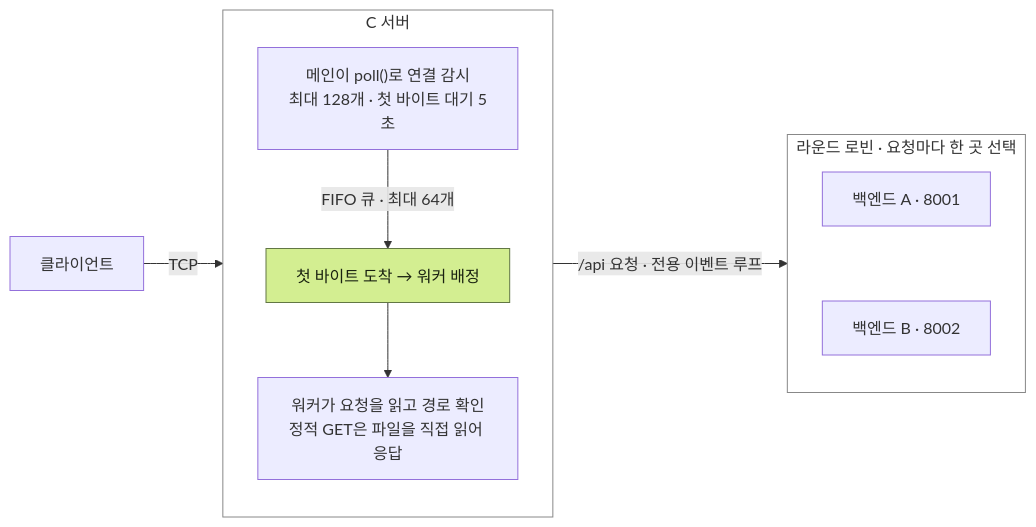
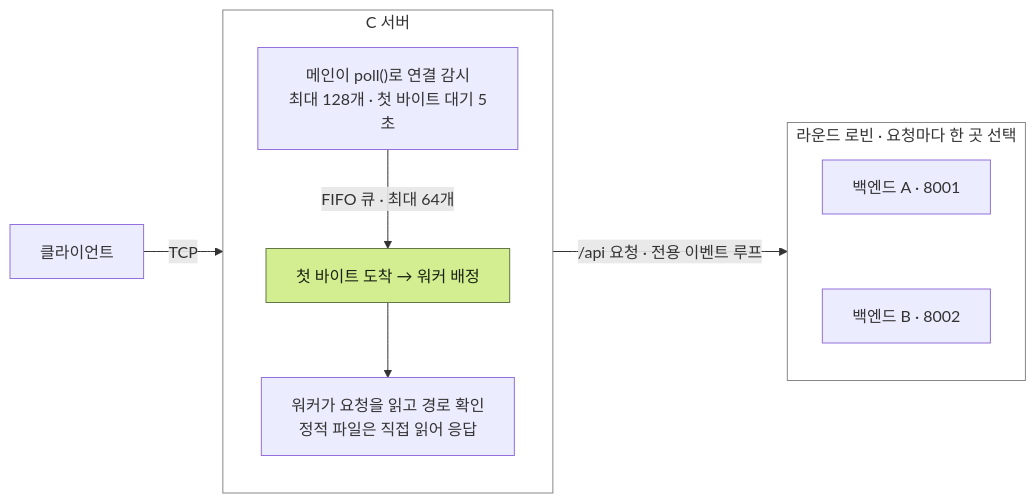
Before and after one commit to jungleheldeneye/week13: the diagram in webserver/README.md, drawn with Mermaid. The commit also changed other lines of this file, not shown here.

````diff
--- a/webserver/README.md
+++ b/webserver/README.md
@@ -9,27 +9,27 @@
 ```mermaid
 flowchart LR
     C["클라이언트"] -->|"TCP"| S
 
     subgraph S["C 서버"]
         direction TB
         M["메인이 poll()로 연결 감시<br/>최대 128개 · 첫 바이트 대기 5초"]
         W["첫 바이트 도착 → 워커 배정"]
-        R["워커가 요청을 읽고 경로 확인<br/>정적 GET은 파일을 직접 읽어 응답"]
+        R["워커가 요청을 읽고 경로 확인<br/>정적 파일은 직접 읽어 응답"]
         M -->|"FIFO 큐 · 최대 64개"| W
         W --> R
     end
 
     S -->|"/api 요청 · 전용 이벤트 루프"| B
 
     subgraph B["라운드 로빈 · 요청마다 한 곳 선택"]
         direction TB
         A["백엔드 A · 8001"]
         B2["백엔드 B · 8002"]
         A ~~~ B2
     end
 
     classDef focus fill:#d3ee91,stroke:#627744,color:#192110
     class W focus
     style S fill:transparent,stroke:#888
     style B fill:transparent,stroke:#888
 ```
````
